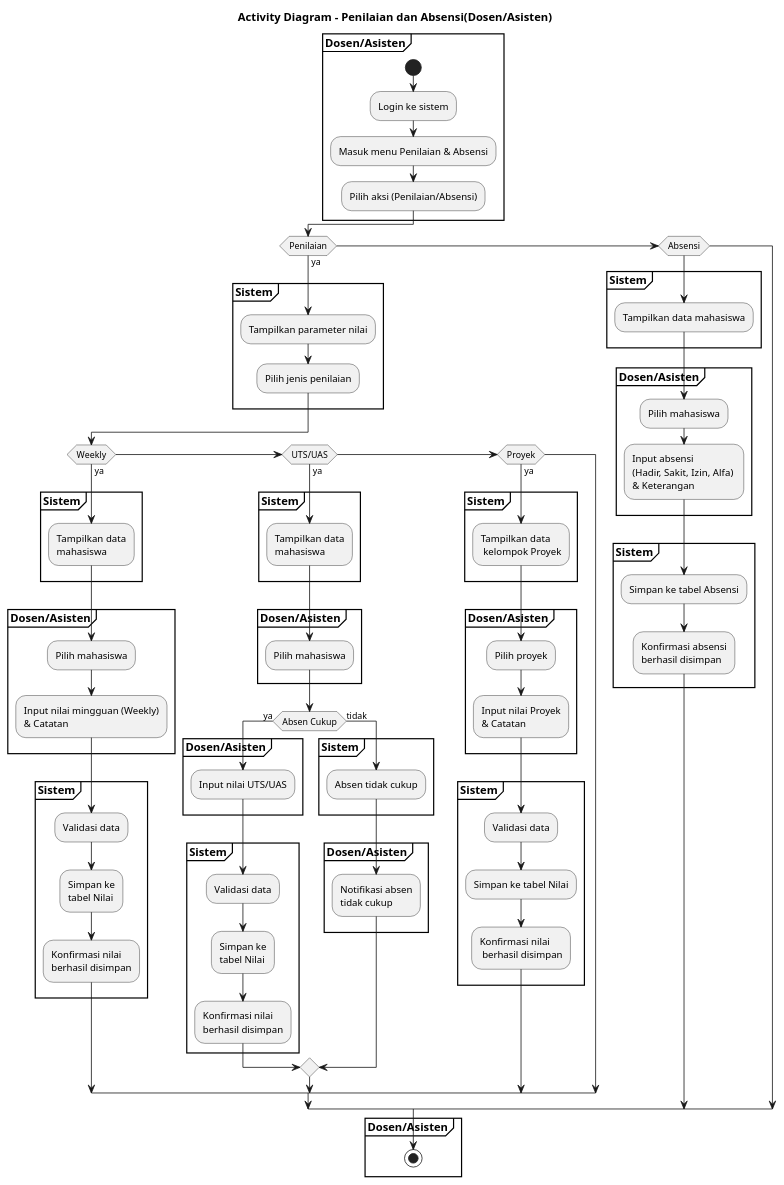
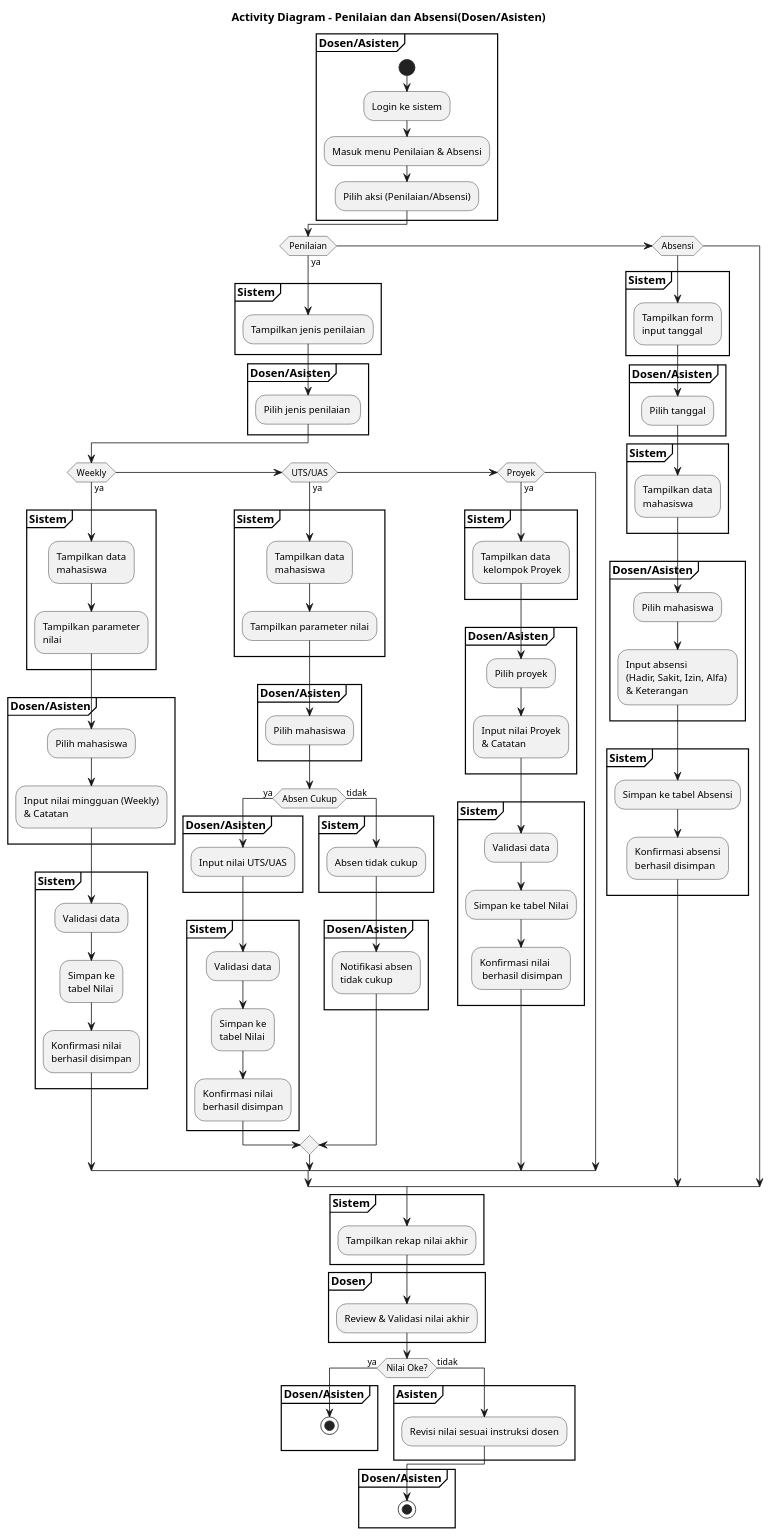
The diagram in Penilaian&Absensi.puml (pikimen357/ActivityDiagramPAD), drawn with PlantUML before and after one commit. The commit also changed 1 other file, not shown here.

Commit message:
update parameter & penilaian

```diff
--- a/Penilaian&Absensi.puml
+++ b/Penilaian&Absensi.puml
@@ -1,120 +1,142 @@
 @startuml
 title Activity Diagram - Penilaian dan Absensi(Dosen/Asisten)
 
 
 partition "<b>Dosen/Asisten</b>" {
     start
   :Login ke sistem;
   :Masuk menu Penilaian & Absensi;
   :Pilih aksi (Penilaian/Absensi);
 }
 
 if (Penilaian) then (ya)
     partition "<b>Sistem</b>" {
-        :Tampilkan parameter nilai;
-        :Pilih jenis penilaian;
+        :Tampilkan jenis penilaian;
+    }
+    partition "<b>Dosen/Asisten</b>" {
+        :Pilih jenis penilaian ;
     }
     if (Weekly) then (ya)
         partition "<b>Sistem</b>" {
             :Tampilkan data 
             mahasiswa;
+            :Tampilkan parameter 
+            nilai;
         }
         partition "<b>Dosen/Asisten</b>" {
             :Pilih mahasiswa;
             :Input nilai mingguan (Weekly)
             & Catatan;
         }
         partition "<b>Sistem</b>" {
             :Validasi data;
             :Simpan ke 
             tabel Nilai;
             :Konfirmasi nilai
             berhasil disimpan;
         }
     elseif (UTS/UAS) then (ya)
         partition "<b>Sistem</b>" {
             :Tampilkan data
             mahasiswa;
+            :Tampilkan parameter nilai;
         }
 
         partition "<b>Dosen/Asisten</b>" {
             :Pilih mahasiswa;
         }
 
         if (Absen Cukup) then (ya)
             partition "<b>Dosen/Asisten</b>" {
                 :Input nilai UTS/UAS;
             }
             partition "<b>Sistem</b>" {
                 :Validasi data;
                 :Simpan ke 
                 tabel Nilai;
                 :Konfirmasi nilai 
                 berhasil disimpan;
             }
         else (tidak)
             partition "<b>Sistem</b>" {
                 :Absen tidak cukup;
             }
 
             partition "<b>Dosen/Asisten</b>" {
                 :Notifikasi absen 
                 tidak cukup;
             }
         endif
     else if (Proyek) then (ya)
         partition "<b>Sistem</b>" {
             :Tampilkan data
              kelompok Proyek;
         }
         partition "<b>Dosen/Asisten</b>" {
             :Pilih proyek;
             :Input nilai Proyek
             & Catatan;
         }
         partition "<b>Sistem</b>" {
             :Validasi data;
             :Simpan ke tabel Nilai;
             :Konfirmasi nilai
              berhasil disimpan;
         }
     
     endif
+
 elseif (Absensi) 
+
     partition "<b>Sistem</b>" {
-        :Tampilkan data mahasiswa;
+        :Tampilkan form 
+        input tanggal;
+    }
+
+    partition "<b>Dosen/Asisten</b>" {
+        :Pilih tanggal;
+    }
+
+    partition "<b>Sistem</b>" {
+        :Tampilkan data 
+        mahasiswa;
     }
 
     partition "<b>Dosen/Asisten</b>"{
         :Pilih mahasiswa;
         :Input absensi 
         (Hadir, Sakit, Izin, Alfa) 
         & Keterangan;
     }
 
     partition "<b>Sistem</b>" {
         :Simpan ke tabel Absensi;
         :Konfirmasi absensi 
         berhasil disimpan;
     }
 
 endif
 
-' partition "<b>Sistem</b>" {
-'   :Tampilkan form input parameter nilai;
-' }
+' ==== Tambahan Validasi Nilai Akhir ====
+partition "<b>Sistem</b>" {
+    :Tampilkan rekap nilai akhir;
+}
+partition "<b>Dosen</b>" {
+    :Review & Validasi nilai akhir;
+}
+if (Nilai Oke?) then (ya)
+    partition "<b>Dosen/Asisten</b>" {
+        stop
+    }
+else (tidak)
+    partition "<b>Asisten</b>" {
+        :Revisi nilai sesuai instruksi dosen;
+    }
 
-' partition "<b>Dosen</b>" {
-'   :Input bobot nilai (Absensi, Tugas, Progres, UTS, UAS, Proyek);
-' }
-' partition "<b>Sistem</b>" {
-'   :Validasi data;
-'   :Simpan ke tabel ParameterNilai;
-'   :Konfirmasi parameter berhasil disimpan;
-' }
+endif
 
 partition "<b>Dosen/Asisten</b>" {
     stop
 }
 
 @enduml
```
